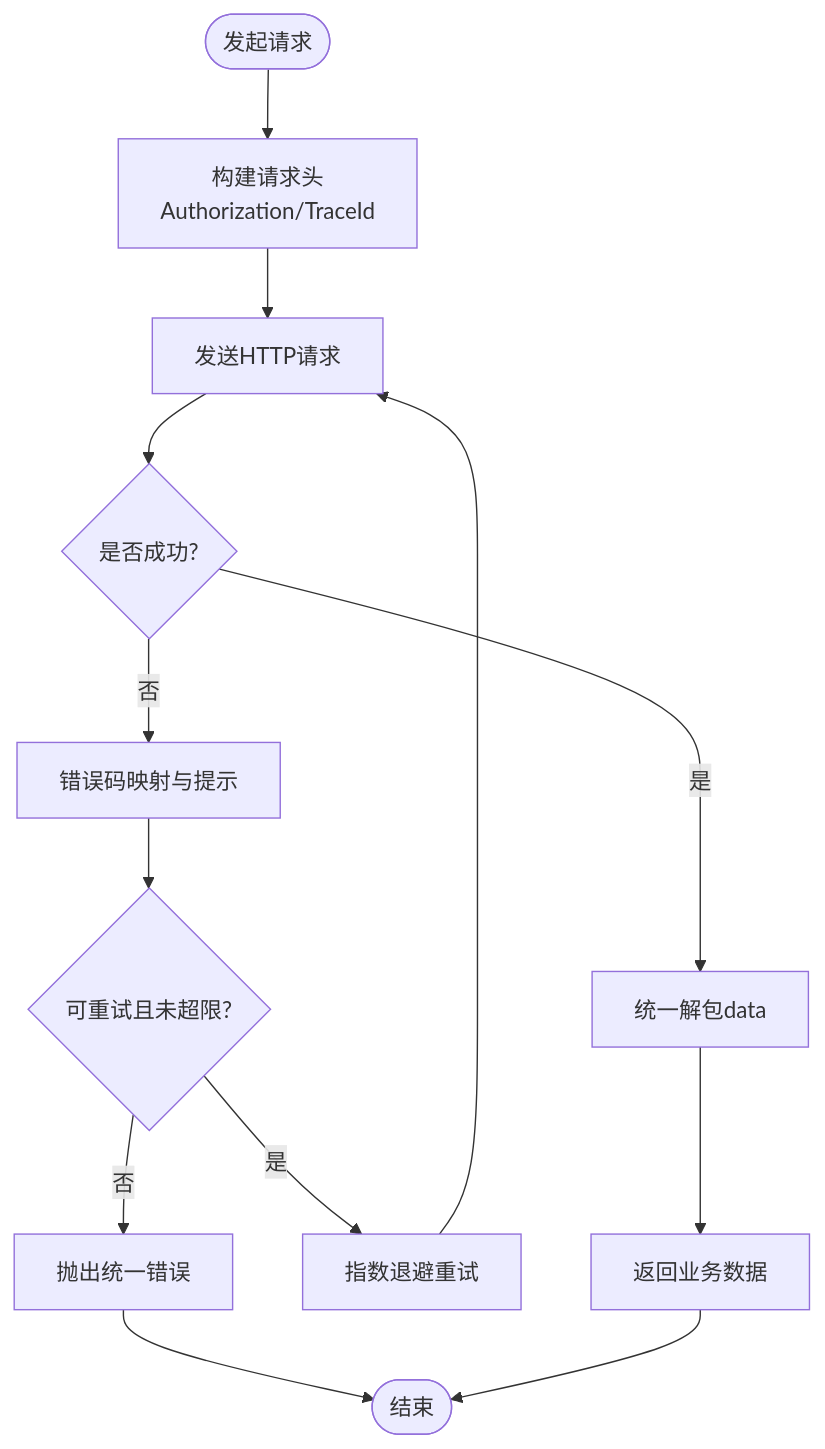
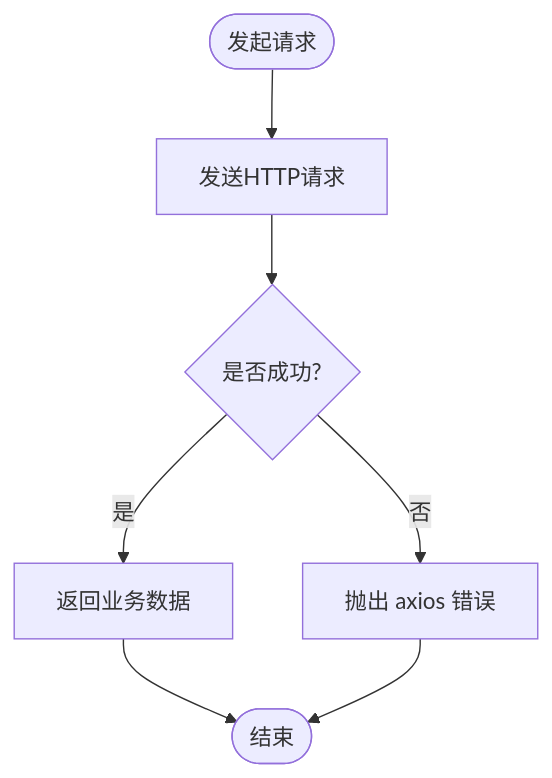
Before and after one commit to vstralcn/AI-SmartTour: the third of 5 diagrams in .qoder/repowiki/zh/content/前端应用架构/游客端应用 (Tourist App)/前后端API集成.md, drawn with Mermaid. The commit also changed other lines of this file and 11 other files, not shown here.

````diff
--- a/.qoder/repowiki/zh/content/前端应用架构/游客端应用 (Tourist App)/前后端API集成.md
+++ b/.qoder/repowiki/zh/content/前端应用架构/游客端应用 (Tourist App)/前后端API集成.md
@@ -129,15 +126,9 @@
 ```mermaid
 flowchart TD
-Start(["发起请求"]) --> BuildReq["构建请求头<br/>Authorization/TraceId"]
-BuildReq --> Send["发送HTTP请求"]
+Start(["发起请求"]) --> Send["发送HTTP请求"]
 Send --> Resp{"是否成功?"}
-Resp --> |是| Unpack["统一解包data"]
-Resp --> |否| MapErr["错误码映射与提示"]
-Unpack --> Return["返回业务数据"]
-MapErr --> Retry{"可重试且未超限?"}
-Retry --> |是| Backoff["指数退避重试"]
-Retry --> |否| Throw["抛出统一错误"]
-Backoff --> Send
-Throw --> End(["结束"])
-Return --> End
+Resp --> |是| Return["返回业务数据"]
+Resp --> |否| Throw["抛出 axios 错误"]
+Return --> End(["结束"])
+Throw --> End
 ```
````
